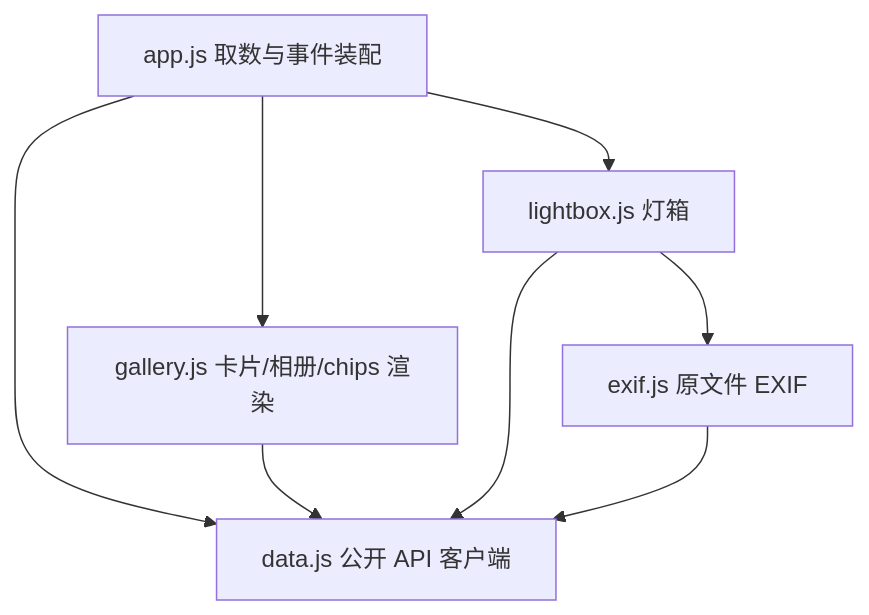
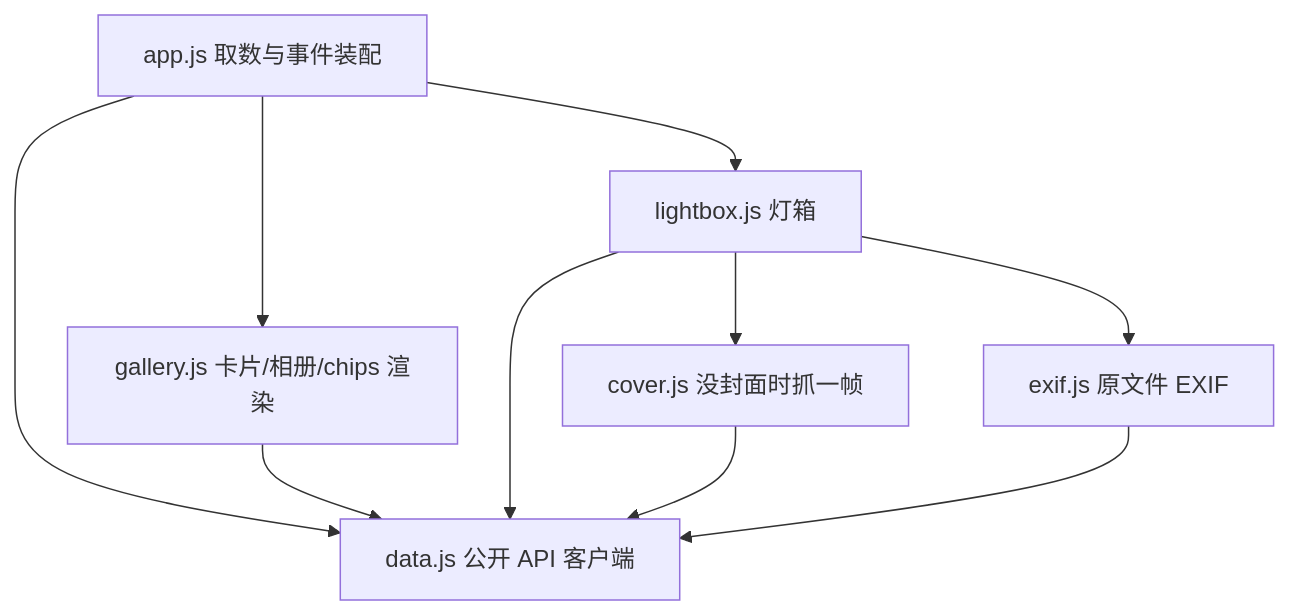
The diagram in Photography/README.md (hurss11/Collection-of-Time), drawn with Mermaid before and after one commit. The commit also changed other lines of this file and 8 other files, not shown here.

````diff
--- a/Photography/README.md
+++ b/Photography/README.md
@@ -641,10 +646,12 @@
 ```mermaid
 graph TD
   app[app.js 取数与事件装配] --> data[data.js 公开 API 客户端]
   app --> gallery[gallery.js 卡片/相册/chips 渲染]
   app --> lightbox[lightbox.js 灯箱]
   gallery --> data
   lightbox --> data
   lightbox --> exif[exif.js 原文件 EXIF]
+  lightbox --> cover[cover.js 没封面时抓一帧]
+  cover --> data
   exif --> data
 ```
````
